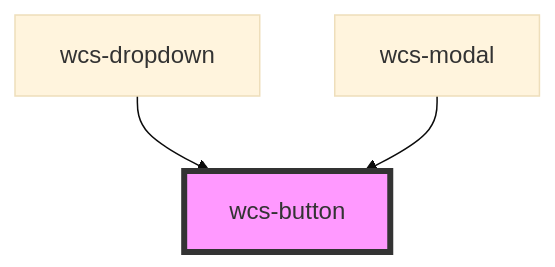
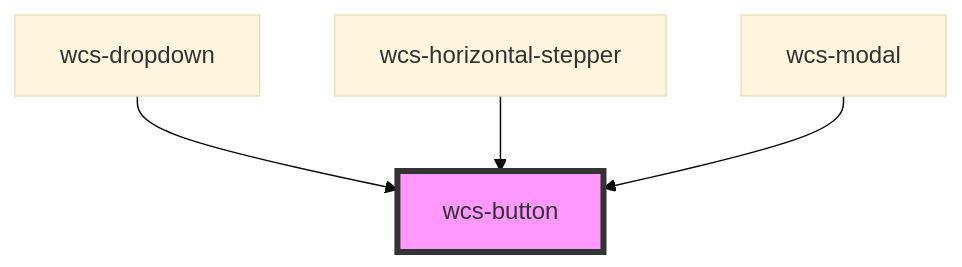
One commit to SNCFdevelopers/wcs changed the diagram in src/components/button/readme.md. Above: the diagram before and after it, drawn with Mermaid (base theme). The commit also changed other lines of this file and 13 other files, not shown here.

Commit message:
feat(horizontal-stepper): add horizontal stepper component

````diff
--- a/src/components/button/readme.md
+++ b/src/components/button/readme.md
@@ -115,6 +116,7 @@
 ```mermaid
 graph TD;
   wcs-dropdown --> wcs-button
+  wcs-horizontal-stepper --> wcs-button
   wcs-modal --> wcs-button
   style wcs-button fill:#f9f,stroke:#333,stroke-width:4px
 ```
````
